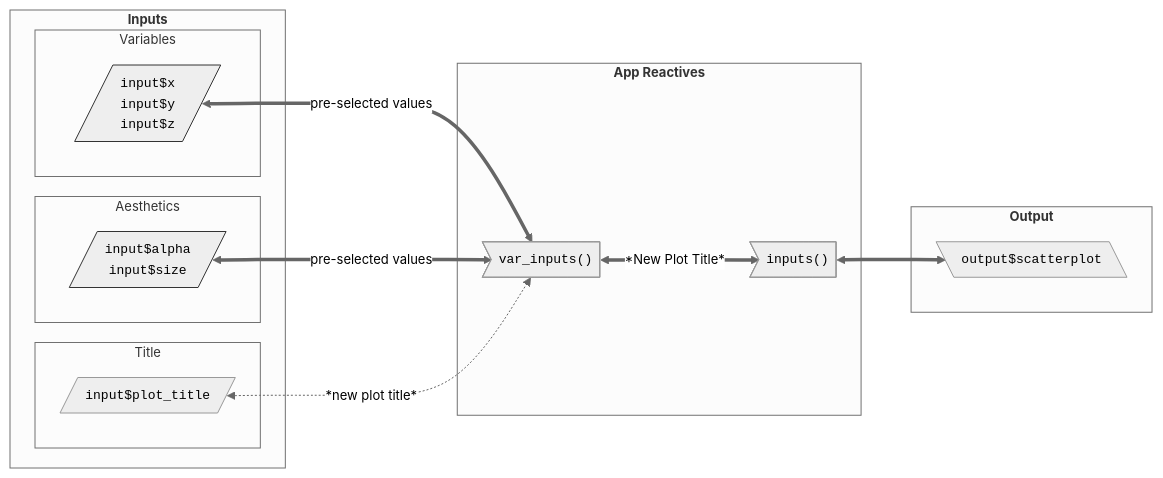
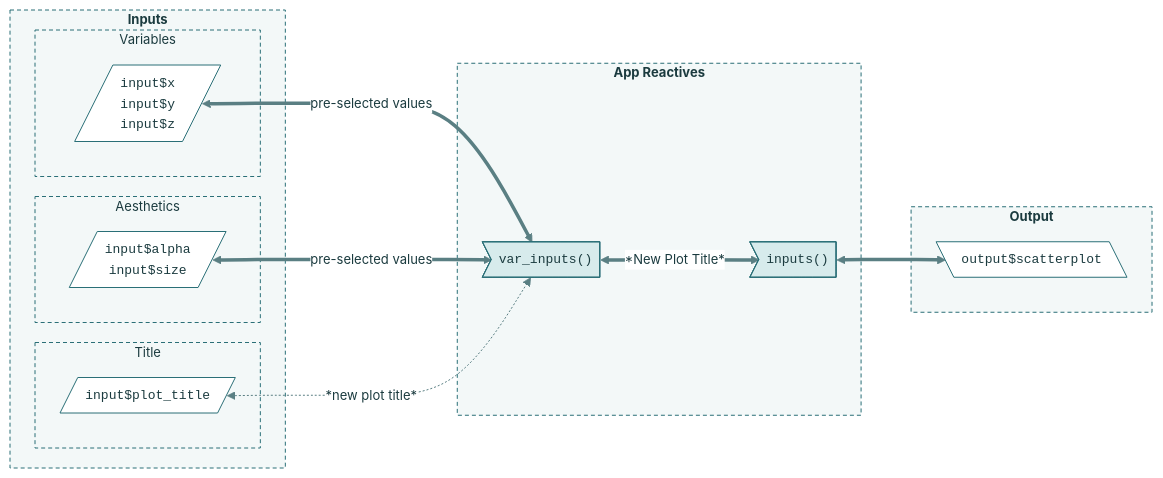
The first of 2 diagrams in debug.qmd (mjfrigaard/shiny-app-pkgs), drawn with Mermaid before and after one commit. The commit also changed other lines of this file and 22 other files, not shown here.

First line of the commit message:
Standardize mermaid diagrams on the site teal palette

````diff
--- a/debug.qmd
+++ b/debug.qmd
@@ -131,34 +131,44 @@
 ```{mermaid}
 %%| fig-cap: 'Reactive flow in Movies App'
 %%| fig-align: center
-%%{init: {'theme': 'neutral', 'themeVariables': { 'fontFamily': 'monospace', "fontSize":"13px"}}}%%
+%%{init: {'theme': 'base', 'themeVariables': { 'fontFamily': 'monospace', "fontSize":"13px", "primaryColor":"#D7EBEC", "primaryTextColor":"#1B3B3F", "primaryBorderColor":"#2A6F77", "lineColor":"#5A7F83", "edgeLabelBackground":"#FFFFFF", "clusterBkg":"#F3F8F8", "clusterBorder":"#2A6F77", "darkMode":false}}}%%
 flowchart LR
     subgraph Inputs["<strong>Inputs</strong>"]
         subgraph Variables["Variables"]
         var_input[/"<code>input$x</code><br><code>input$y</code><br><code>input$z</code>"/]
         end
         subgraph Aesthetics["Aesthetics"]
         aes_input[/"<code>input$alpha</code><br><code>input$size</code>"/]
         end
         subgraph Title["Title"]
         plot_title[/"<code>input$plot_title</code>"/]
         end
         
     end
     subgraph React["<strong>App Reactives</strong>"]
         var_inputs>"<code>var_inputs()</code> "]
         inputs>"<code>inputs()</code>"]
     end
     subgraph Output["<strong>Output</strong>"]
         output[\"<code>output$scatterplot</code>"\]
     end
 
 
     var_input & aes_input <==> |"pre-selected values"|var_inputs 
     plot_title <-.-> |"*new plot title*"|var_inputs 
     var_inputs <==>|"*New Plot Title*"|inputs
     inputs <==> output
-    
-    style var_input stroke:#333,stroke-width:1px,rx:5,ry:5 
-    style aes_input stroke:#333,stroke-width:1px,rx:5,ry:5
+
+    classDef term fill:#2A6F77,color:#FFFFFF,stroke:#1B4F55,stroke-width:1px
+    classDef step fill:#D7EBEC,color:#1B3B3F,stroke:#2A6F77,stroke-width:1px
+    classDef decision fill:#F4C26B,color:#3D2A00,stroke:#B7832B,stroke-width:1px
+    classDef io fill:#FFFFFF,color:#1B3B3F,stroke:#2A6F77,stroke-width:1px
+    class var_inputs,inputs step
+    class var_input,aes_input,plot_title,output io
+    style Inputs fill:#F3F8F8,color:#1B3B3F,stroke:#2A6F77,stroke-width:1px,stroke-dasharray:4 3
+    style Variables fill:#F3F8F8,color:#1B3B3F,stroke:#2A6F77,stroke-width:1px,stroke-dasharray:4 3
+    style Aesthetics fill:#F3F8F8,color:#1B3B3F,stroke:#2A6F77,stroke-width:1px,stroke-dasharray:4 3
+    style Title fill:#F3F8F8,color:#1B3B3F,stroke:#2A6F77,stroke-width:1px,stroke-dasharray:4 3
+    style React fill:#F3F8F8,color:#1B3B3F,stroke:#2A6F77,stroke-width:1px,stroke-dasharray:4 3
+    style Output fill:#F3F8F8,color:#1B3B3F,stroke:#2A6F77,stroke-width:1px,stroke-dasharray:4 3
 ```
````
